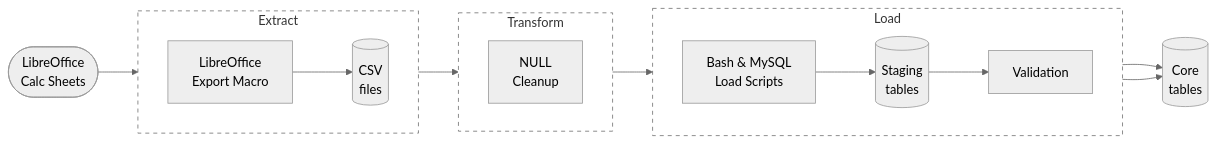
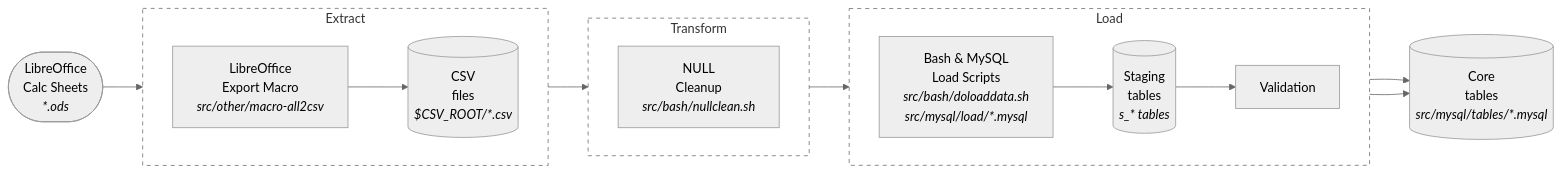
One commit to danderbas/aluminadb changed the diagram in docs/how_it_works.md. Above: the diagram before and after it, drawn with Mermaid (neutral theme). The commit also changed other lines of this file, not shown here.

````diff
--- a/docs/how_it_works.md
+++ b/docs/how_it_works.md
@@ -4,34 +3,34 @@
 ```mermaid
 flowchart LR
-  sheet(["LibreOffice<br/>Calc Sheets"])
+  sheet(["LibreOffice<br/>Calc Sheets<br/><i>*.ods</i>"])
 
   sheet --> macro
   subgraph extract_box["Extract"]
     direction LR
-    macro["LibreOffice<br/>Export Macro"]
-    csv[("CSV<br/>files")]
+    macro["LibreOffice<br/>Export Macro<br/><i>src/other/macro-all2csv</i>"]
+    csv[("CSV<br/>files<br/><i>$CSV_ROOT/*.csv</i>")]
     macro --> csv
   end
 
   subgraph transform_box["Transform"]
     direction LR
-    clean["NULL<br/>Cleanup"]
+    clean["NULL<br/>Cleanup<br/><i>src/bash/nullclean.sh</i>"]
   end
 
   subgraph load_box["Load"]
     direction LR
-    load["Bash & MySQL<br/>Load Scripts"]
-    staging[("Staging<br/>tables")]
+    load["Bash & MySQL<br/>Load Scripts<br/><i>src/bash/doloaddata.sh<br/>src/mysql/load/*.mysql</i>"]
+    staging[("Staging<br/>tables<br/><i>s_* tables</i>")]
     validate["Validation"]
     load --> staging --> validate 
   end
 
-  core[("Core<br/>tables")]
+  core[("Core<br/>tables<br/><i>src/mysql/tables/*.mysql</i>")]
   load --> core
   validate --> core
   csv --> clean --> load
 
   style extract_box fill:none, stroke-dasharray: 5 5
   style transform_box fill:none, stroke-dasharray: 5 5
   style load_box fill:none, stroke-dasharray: 5 5
 ```
````
